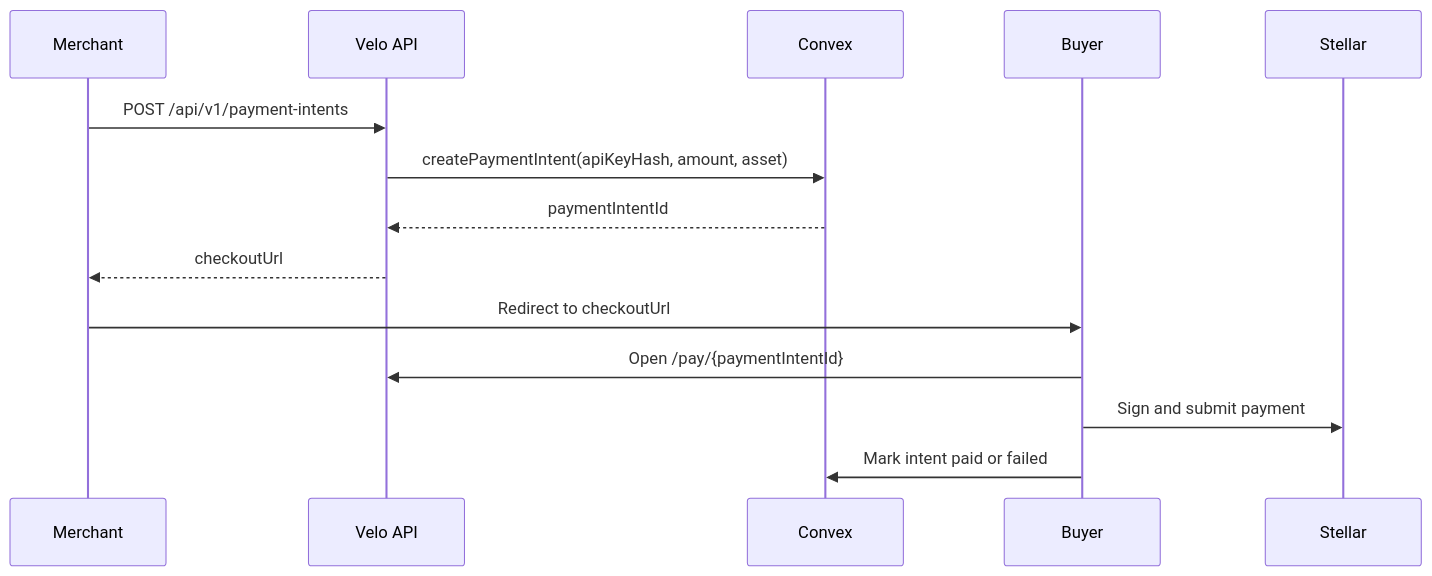
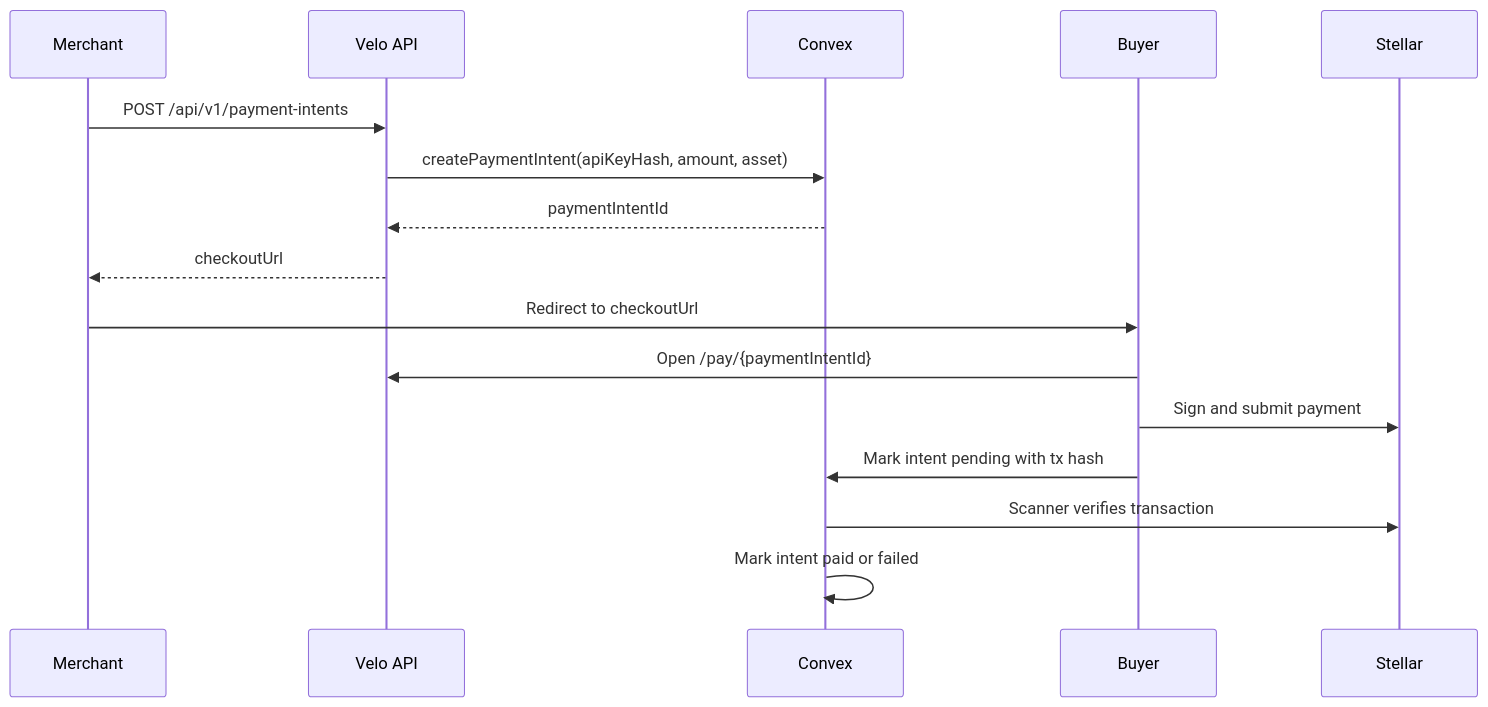
One commit to Carts1024/Velo changed the diagram in docs/velo-pay-checkout.md. Above: the diagram before and after it, drawn with Mermaid. The commit also changed other lines of this file and 5 other files, not shown here.

````diff
--- a/docs/velo-pay-checkout.md
+++ b/docs/velo-pay-checkout.md
@@ -13,17 +13,19 @@
 ```mermaid
 sequenceDiagram
   participant Merchant
   participant VeloAPI as Velo API
   participant Convex
   participant Buyer
   participant Stellar
 
   Merchant->>VeloAPI: POST /api/v1/payment-intents
   VeloAPI->>Convex: createPaymentIntent(apiKeyHash, amount, asset)
   Convex-->>VeloAPI: paymentIntentId
   VeloAPI-->>Merchant: checkoutUrl
   Merchant->>Buyer: Redirect to checkoutUrl
   Buyer->>VeloAPI: Open /pay/{paymentIntentId}
   Buyer->>Stellar: Sign and submit payment
-  Buyer->>Convex: Mark intent paid or failed
+  Buyer->>Convex: Mark intent pending with tx hash
+  Convex->>Stellar: Scanner verifies transaction
+  Convex->>Convex: Mark intent paid or failed
 ```
````
